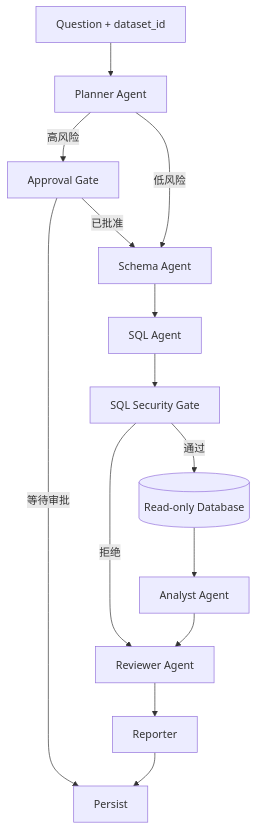
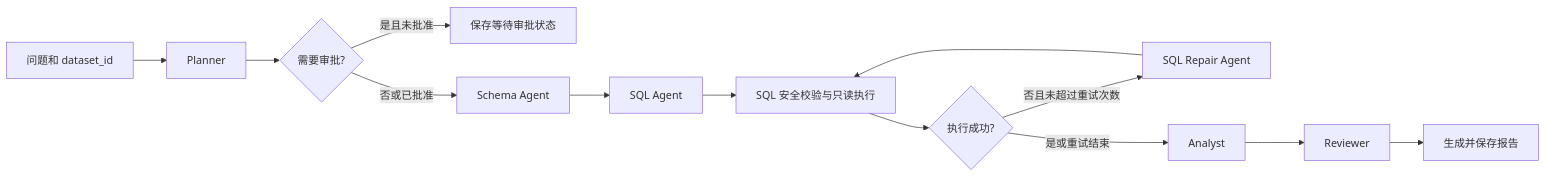
The diagram in README.md (YYHhao/DataPilot-Agent), drawn with Mermaid before and after one commit. The commit also changed other lines of this file and 14 other files, not shown here.

````diff
--- a/README.md
+++ b/README.md
@@ -18,16 +23,15 @@
 ```mermaid
-flowchart TD
-    U[Question + dataset_id] --> P[Planner Agent]
-    P -->|高风险| H[Approval Gate]
-    H -->|等待审批| X[Persist]
-    H -->|已批准| S[Schema Agent]
-    P -->|低风险| S
-    S --> Q[SQL Agent]
-    Q --> G[SQL Security Gate]
-    G -->|通过| D[(Read-only Database)]
-    G -->|拒绝| R[Reviewer Agent]
-    D --> A[Analyst Agent]
-    A --> R
-    R --> W[Reporter]
-    W --> X
+flowchart LR
+    U[问题和 dataset_id] --> P[Planner]
+    P --> G{需要审批?}
+    G -->|是且未批准| S[保存等待审批状态]
+    G -->|否或已批准| C[Schema Agent]
+    C --> Q[SQL Agent]
+    Q --> V[SQL 安全校验与只读执行]
+    V --> E{执行成功?}
+    E -->|否且未超过重试次数| F[SQL Repair Agent]
+    F --> V
+    E -->|是或重试结束| A[Analyst]
+    A --> R[Reviewer]
+    R --> O[生成并保存报告]
 ```
````
